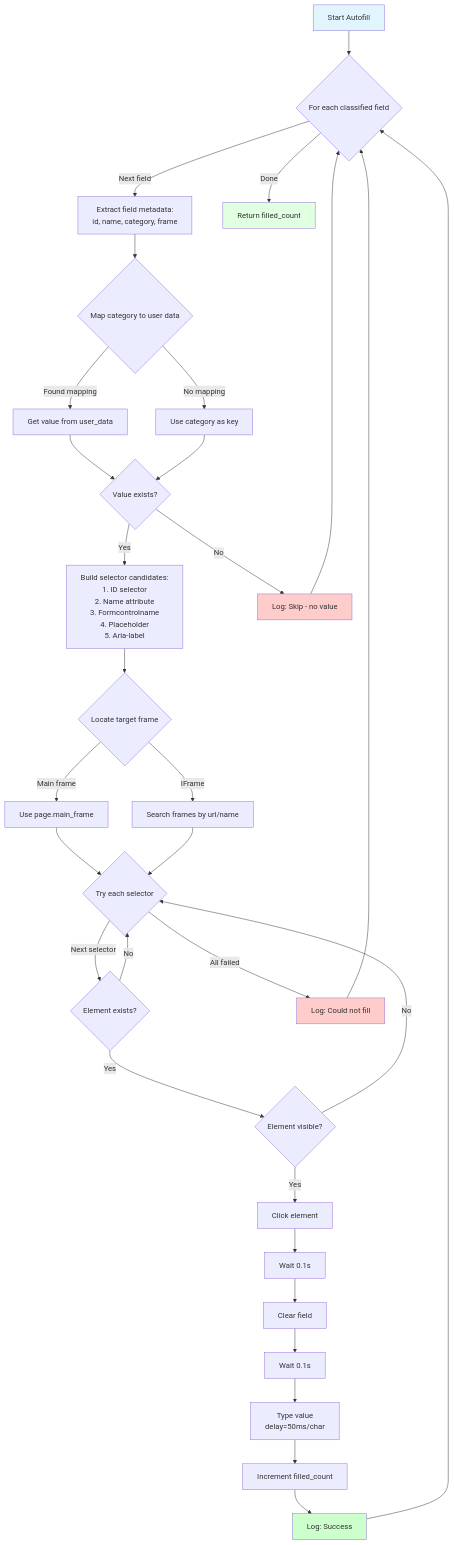
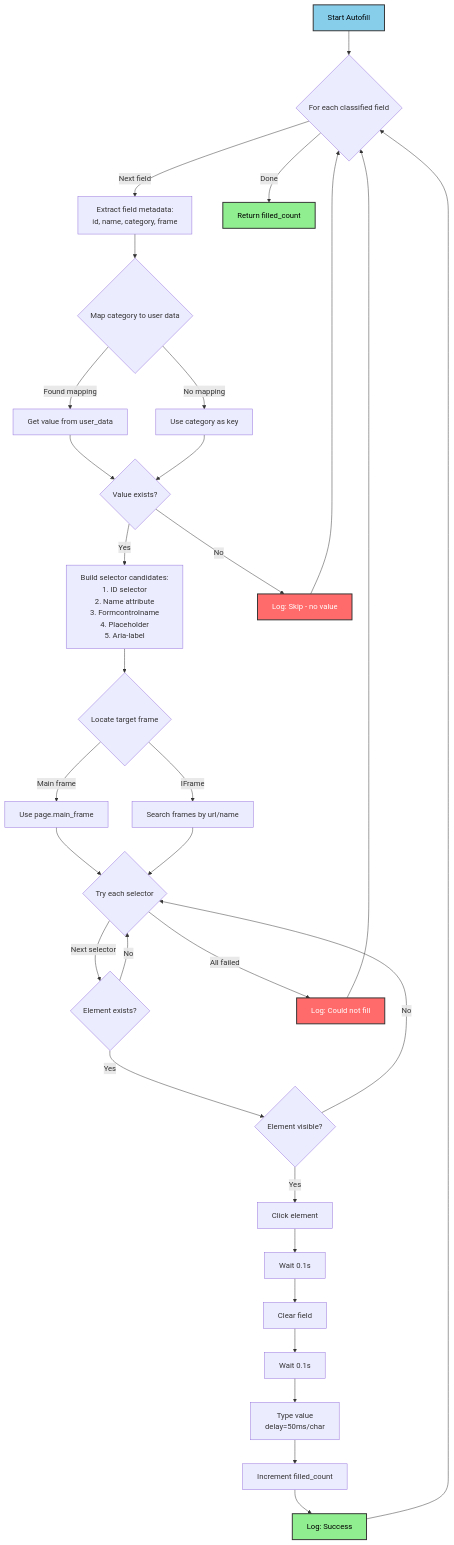
The seventh of 9 diagrams in ARCHITECTURE_DIAGRAM.md (Buck-Beak/Form_Filler), drawn with Mermaid before and after one commit. The commit also changed other lines of this file, not shown here.

````diff
--- a/ARCHITECTURE_DIAGRAM.md
+++ b/ARCHITECTURE_DIAGRAM.md
@@ -394,51 +394,51 @@
 ```mermaid
 flowchart TD
     A[Start Autofill] --> B{For each classified field}
     
     B -->|Next field| C[Extract field metadata:<br/>id, name, category, frame]
     B -->|Done| Z[Return filled_count]
     
     C --> D{Map category to user data}
     D -->|Found mapping| E[Get value from user_data]
     D -->|No mapping| F[Use category as key]
     
     E --> G{Value exists?}
     F --> G
     
     G -->|Yes| H["Build selector candidates:<br/>1. ID selector<br/>2. Name attribute<br/>3. Formcontrolname<br/>4. Placeholder<br/>5. Aria-label"]
     G -->|No| I[Log: Skip - no value]
     
     I --> B
     
     H --> J{Locate target frame}
     J -->|Main frame| K[Use page.main_frame]
     J -->|IFrame| L[Search frames by url/name]
     
     K --> M{Try each selector}
     L --> M
     
     M -->|Next selector| N{Element exists?}
     M -->|All failed| O[Log: Could not fill]
     
     N -->|No| M
     N -->|Yes| P{Element visible?}
     
     P -->|No| M
     P -->|Yes| Q[Click element]
     
     Q --> R[Wait 0.1s]
     R --> S[Clear field]
     S --> T[Wait 0.1s]
     T --> U[Type value<br/>delay=50ms/char]
     
     U --> V[Increment filled_count]
     V --> W[Log: Success]
     W --> B
     O --> B
     
-    style A fill:#e1f5ff
-    style Z fill:#e1ffe1
-    style W fill:#ccffcc
-    style I fill:#ffcccc
-    style O fill:#ffcccc
+    style A fill:#87ceeb,stroke:#333,stroke-width:2px,color:#000
+    style Z fill:#90ee90,stroke:#333,stroke-width:2px,color:#000
+    style W fill:#90ee90,stroke:#333,stroke-width:2px,color:#000
+    style I fill:#ff6b6b,stroke:#333,stroke-width:2px,color:#fff
+    style O fill:#ff6b6b,stroke:#333,stroke-width:2px,color:#fff
 ```
````
